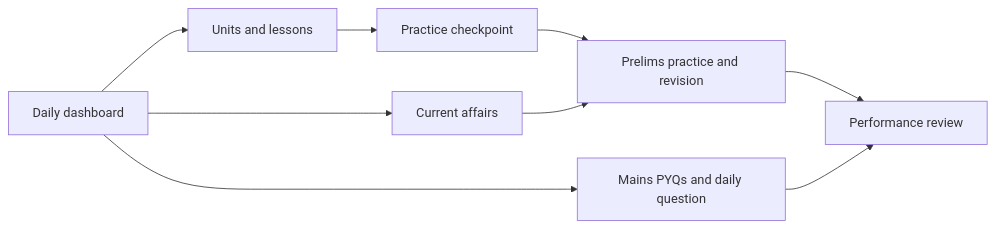
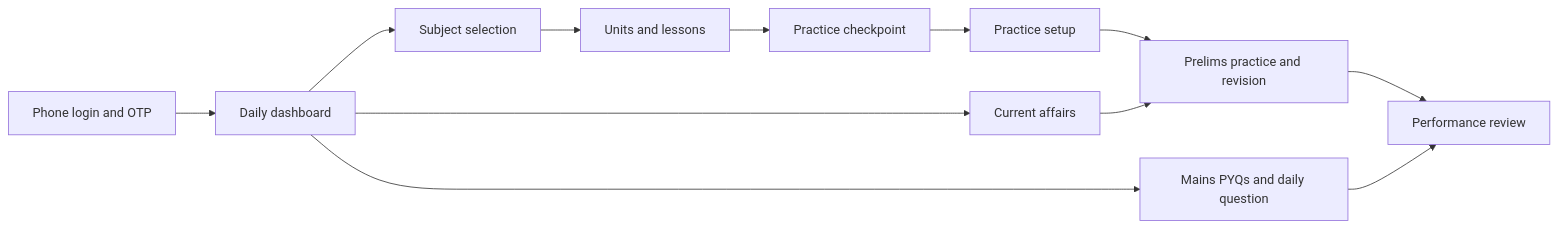
The first of 3 diagrams in mobile/unacademy/REFERENCE-APP-FLOW.md (adarsh-repos/sarkariexams-docs), drawn with Mermaid before and after one commit. The commit also changed other lines of this file and 16 other files, not shown here.

````diff
--- a/mobile/unacademy/REFERENCE-APP-FLOW.md
+++ b/mobile/unacademy/REFERENCE-APP-FLOW.md
@@ -14,11 +14,14 @@
 ```mermaid
 flowchart LR
-    Home["Daily dashboard"] --> Learn["Units and lessons"]
+    Login["Phone login and OTP"] --> Home["Daily dashboard"]
+    Home --> Subjects["Subject selection"]
+    Subjects --> Learn["Units and lessons"]
     Learn --> Checkpoint["Practice checkpoint"]
-    Checkpoint --> Prelims["Prelims practice and revision"]
+    Checkpoint --> Setup["Practice setup"]
+    Setup --> Prelims["Prelims practice and revision"]
     Home --> Mains["Mains PYQs and daily question"]
     Home --> News["Current affairs"]
     News --> Prelims
     Prelims --> Review["Performance review"]
     Mains --> Review
 ```
````
